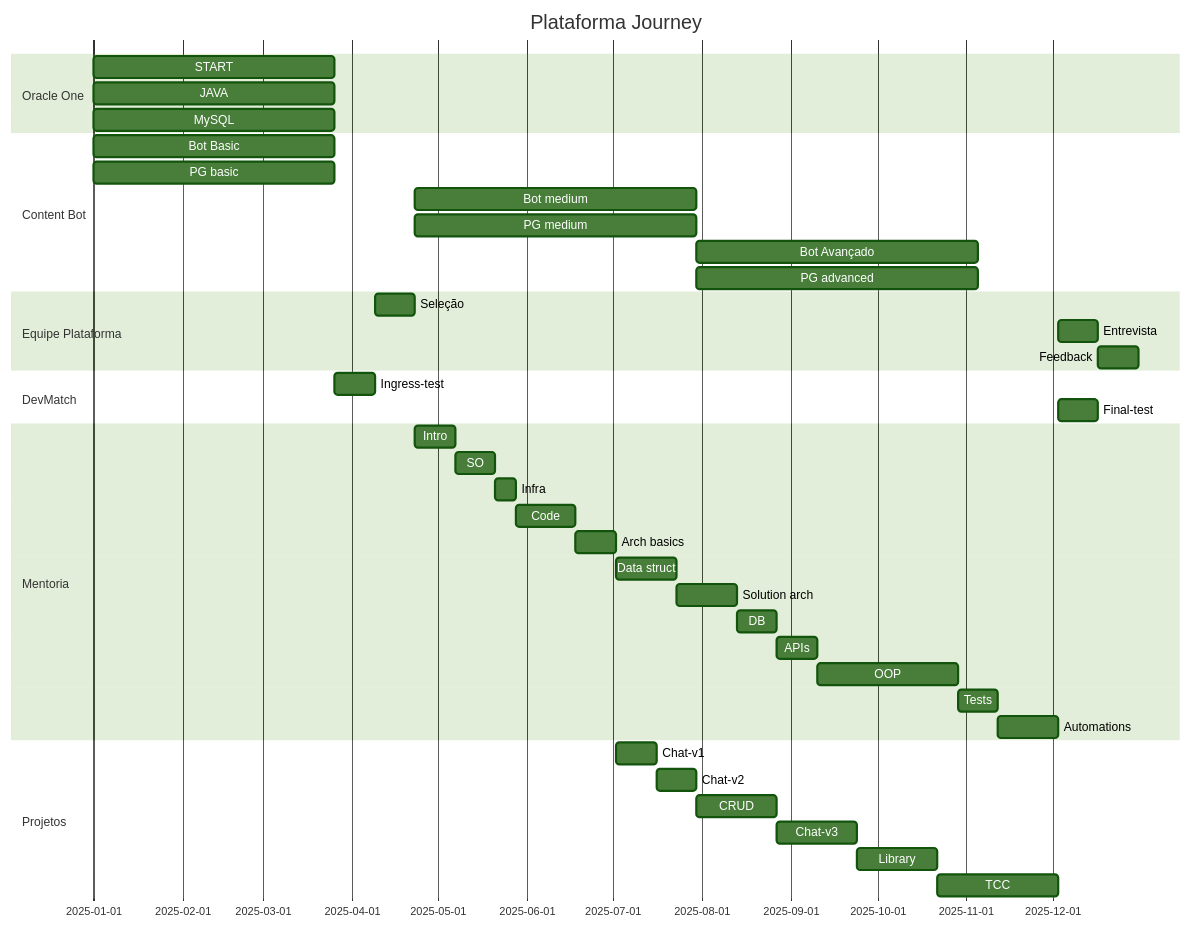
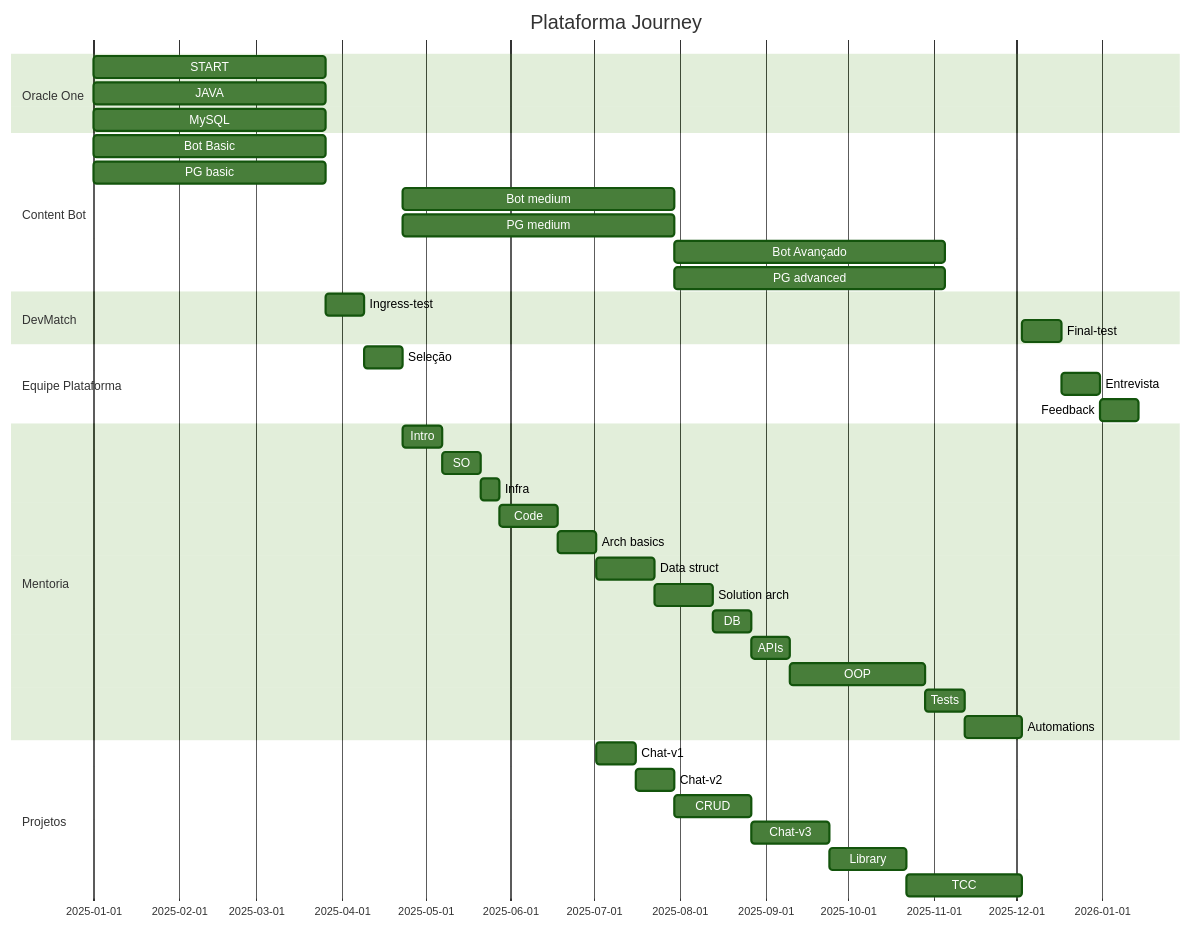
Before and after one commit to RafaelFino/plataforma-journey: the diagram in README.md, drawn with Mermaid (forest theme).

````diff
--- a/README.md
+++ b/README.md
@@ -15,43 +15,43 @@
 ```mermaid
 gantt
     title Plataforma Journey    
     dateFormat  YYYY-MM-DD
     section Oracle One
         START: one_start, 2025-01-01, 12w
         JAVA: one_java, 2025-01-01, 12w
         MySQL: one_mysql, 2025-01-01, 12w
     section Content Bot
         Bot Basic: bot_content_basic, 2025-01-01, 12w
         PG basic: bot_pg_basic, 2025-01-01, 12w
         Bot medium: bot_content_med, after eval_behave, 14w
         PG medium: bot_pg_med, after eval_behave, 14w
         Bot Avançado: bot_content_adv, after bot_content_med, 14w
         PG advanced: bot_pg_adv, after bot_content_med, 14w
-    section Equipe Plataforma
-        Seleção: eval_behave, after test_ingress, 2w
-        Entrevista: eval_final, after prj_tcc, 2w
-        Feedback: team_feedback, after behave_eval_final, 2w
     section DevMatch
         Ingress-test: test_ingress, after bot_content_basic, 2w
         Final-test: test_final, after prj_tcc, 2w      
+    section Equipe Plataforma
+        Seleção: eval_behave, after test_ingress, 2w
+        Entrevista: eval_final, after test_final, 2w
+        Feedback: team_feedback, after eval_final, 2w
     section Mentoria
         Intro: ment_intro, after eval_behave, 2w
         SO: ment_SO, after ment_intro, 2w
         Infra: ment_infra, after ment_SO, 1w
         Code: ment_coding, after ment_infra, 3w
         Arch basics: ment_arch_basic, after ment_coding, 2w
         Data struct: ment_data_structure, after ment_arch_basic, 3w
         Solution arch: ment_solution_arch, after ment_data_structure, 3w
         DB: ment_sql, after ment_solution_arch, 2w
         APIs: ment_apis, after ment_sql, 2w
         OOP: ment_oop, after ment_apis, 7w
         Tests: ment_tests, after ment_oop, 2w
         Automations: ment_automations, after ment_tests, 3w
     section Projetos        
         Chat-v1: prj_chat_v1, after ment_arch_basic, 2w
         Chat-v2: prj_chat_v2, after prj_chat_v1, 2w
         CRUD: prj_crud, after prj_chat_v2, 4w
         Chat-v3: prj_chat_v3, after ment_sql, 4w
         Library: prj_lib, after prj_chat_v3, 4w
         TCC: prj_tcc, after prj_lib, 6w  
 ```
````
